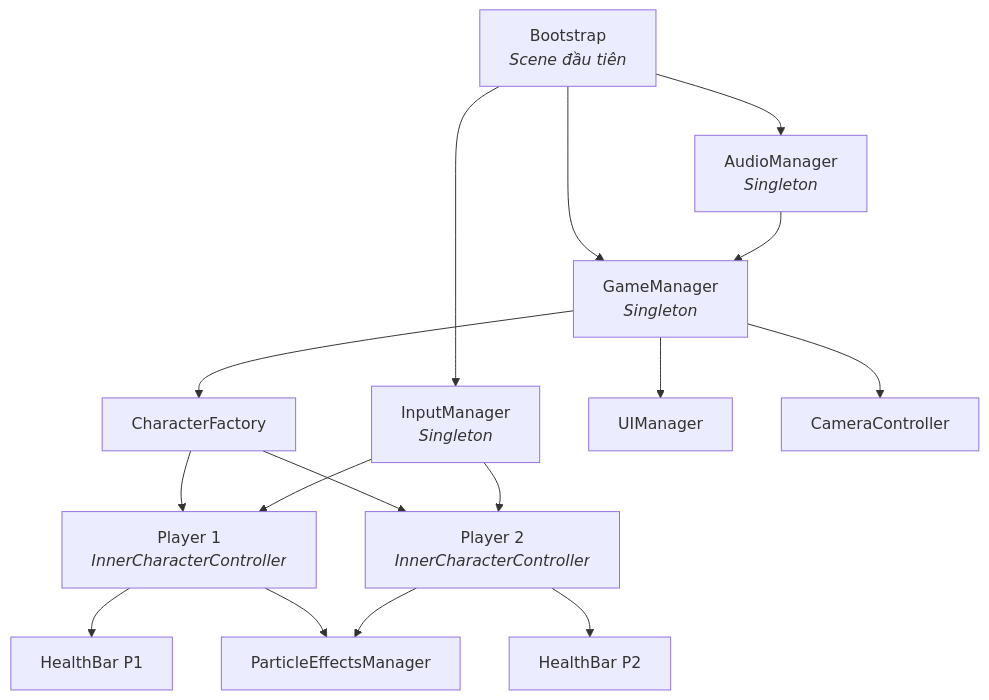
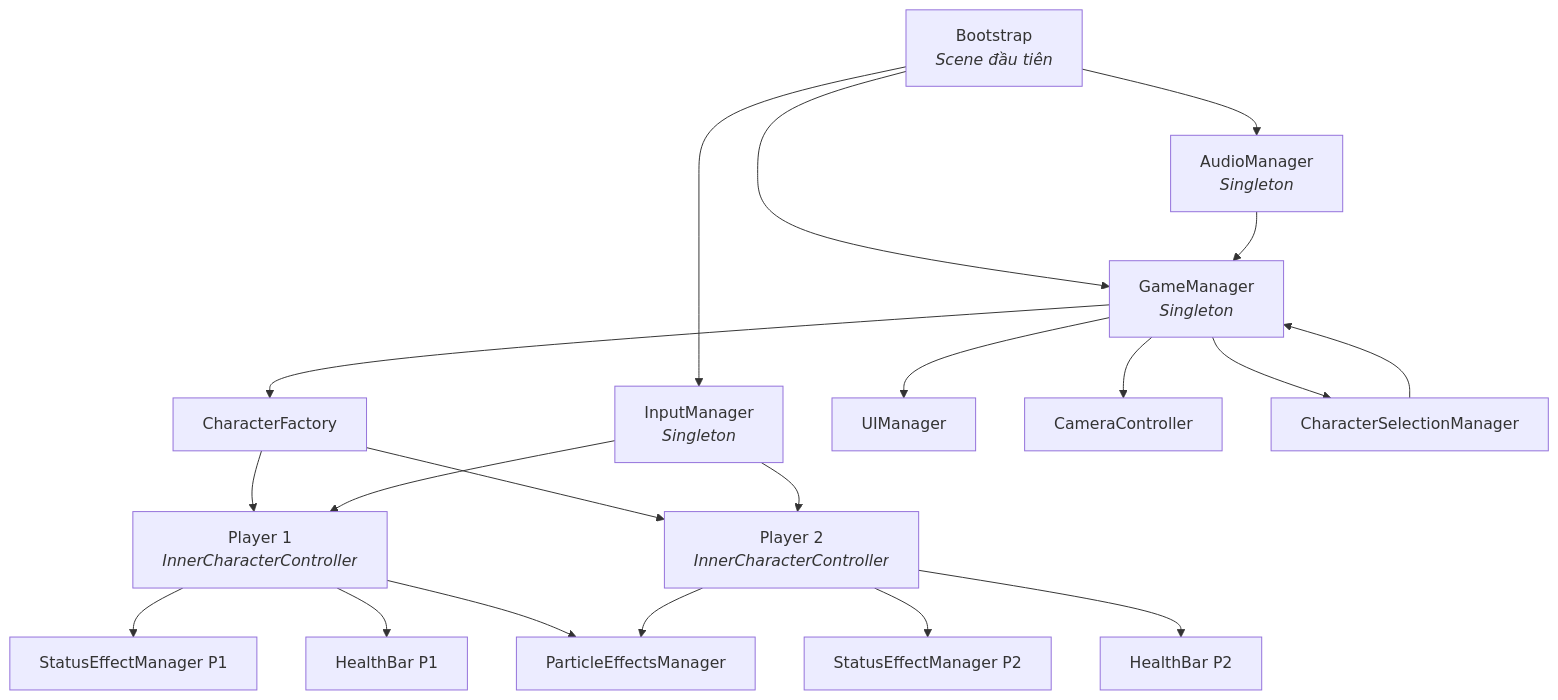
One commit to nguyenhuy238/Inner_Dule_Unity_Group8 changed the first of 2 diagrams in Inner_Dule/ARCHITECTURE.md. Above: the diagram before and after it, drawn with Mermaid. The commit also changed other lines of this file and 17 other files, not shown here.

````diff
--- a/Inner_Dule/ARCHITECTURE.md
+++ b/Inner_Dule/ARCHITECTURE.md
@@ -35,23 +36,27 @@
 ```mermaid
 graph TD
     Bootstrap["Bootstrap<br/><i>Scene đầu tiên</i>"]
     Bootstrap --> GM["GameManager<br/><i>Singleton</i>"]
     Bootstrap --> AM["AudioManager<br/><i>Singleton</i>"]
     Bootstrap --> IM["InputManager<br/><i>Singleton</i>"]
     
     GM --> CF["CharacterFactory"]
     GM --> UI["UIManager"]
     GM --> CAM["CameraController"]
+    GM --> Sel["CharacterSelectionManager"]
     
     CF --> P1["Player 1<br/><i>InnerCharacterController</i>"]
     CF --> P2["Player 2<br/><i>InnerCharacterController</i>"]
     
+    P1 --> SEM1["StatusEffectManager P1"]
+    P2 --> SEM2["StatusEffectManager P2"]
     P1 --> HB1["HealthBar P1"]
     P2 --> HB2["HealthBar P2"]
     P1 --> FX["ParticleEffectsManager"]
     P2 --> FX
     
     IM --> P1
     IM --> P2
     AM --> GM
+    Sel --> GM
 ```
````
